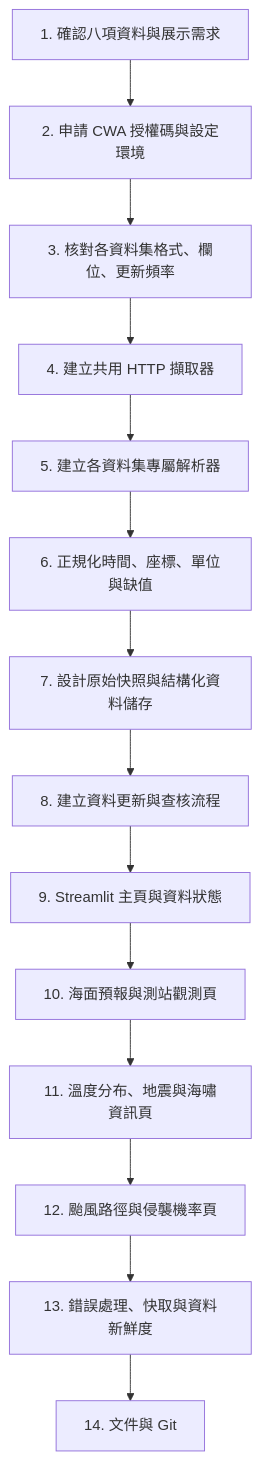
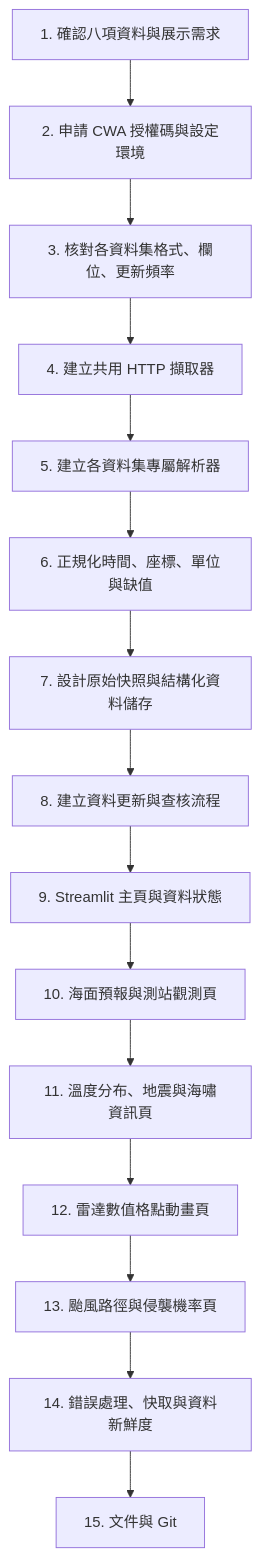
One commit to lun-09-15/AIoT_L3_CWA_HW1 changed the diagram in workflow.md. Above: the diagram before and after it, drawn with Mermaid. The commit also changed other lines of this file and 3 other files, not shown here.

````diff
--- a/workflow.md
+++ b/workflow.md
@@ -21,16 +22,17 @@
 ```mermaid
 flowchart TD
     A[1. 確認八項資料與展示需求] --> B[2. 申請 CWA 授權碼與設定環境]
     B --> C[3. 核對各資料集格式、欄位、更新頻率]
     C --> D[4. 建立共用 HTTP 擷取器]
     D --> E[5. 建立各資料集專屬解析器]
     E --> F[6. 正規化時間、座標、單位與缺值]
     F --> G[7. 設計原始快照與結構化資料儲存]
     G --> H[8. 建立資料更新與查核流程]
     H --> I[9. Streamlit 主頁與資料狀態]
     I --> J[10. 海面預報與測站觀測頁]
     J --> K[11. 溫度分布、地震與海嘯資訊頁]
-    K --> L[12. 颱風路徑與侵襲機率頁]
-    L --> M[13. 錯誤處理、快取與資料新鮮度]
-    M --> N[14. 文件與 Git]
+    K --> L[12. 雷達數值格點動畫頁]
+    L --> M[13. 颱風路徑與侵襲機率頁]
+    M --> N[14. 錯誤處理、快取與資料新鮮度]
+    N --> O[15. 文件與 Git]
 ```
````
